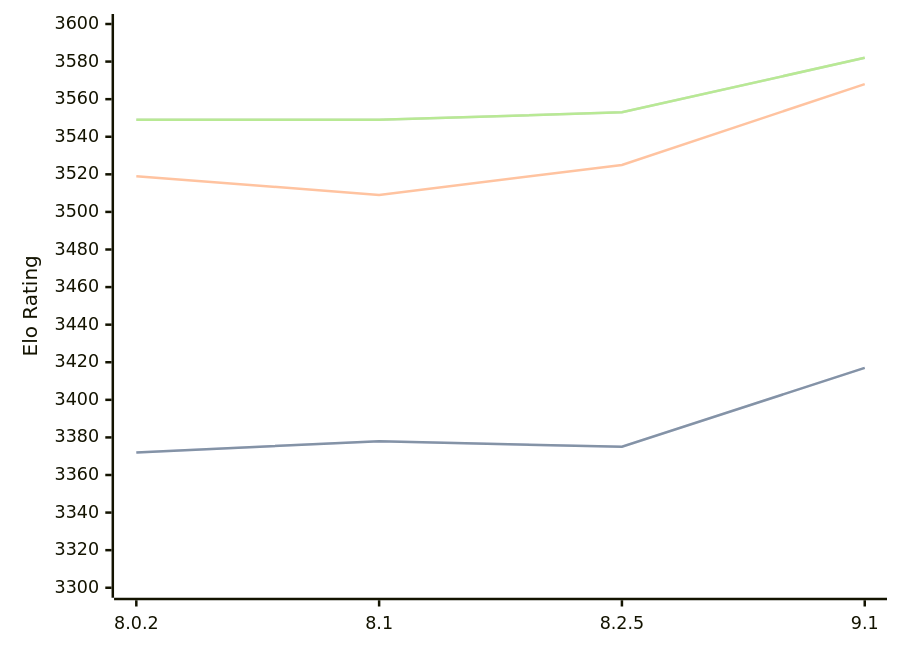
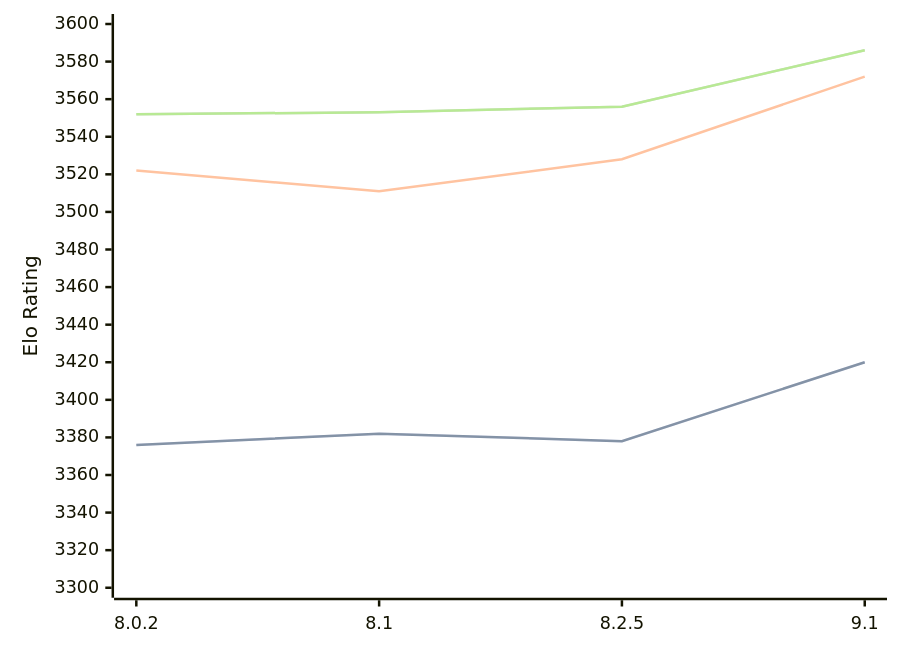
Before and after one commit to computer-chess-index/cci: the diagram in engines/Clover.md, drawn with Mermaid. The commit also changed other lines of this file, not shown here.

Commit message:
Update CCI Ratings (ELO VLTC) - 2026-04-30

````diff
--- a/engines/Clover.md
+++ b/engines/Clover.md
@@ -64,11 +64,11 @@
 ```mermaid
 %%{init: {"theme":"base","themeVariables":{"seriesColors:['#a3a3a3','#222221','#faa371']}}}%%
 xychart-beta
   x-axis ["8.0.2", "8.1", "8.2.5", "9.1"]
   y-axis "Elo Rating" 3300 --> 3600
-  line "STC (8.0+0.08s)" [3372, 3378, 3375, 3417]
-  line "STC (8.0+0.08s)" [3372, 3378, 3375, 3417]
-  line "LTC (60.0+0.60s)" [3519, 3509, 3525, 3568]
-  line "VLTC (2m24s+1.12s)" [3549, 3549, 3553, 3582]
-  line "VLTC (2m24s+1.12s)" [3549, 3549, 3553, 3582]
+  line "STC (8.0+0.08s)" [3376, 3382, 3378, 3420]
+  line "STC (8.0+0.08s)" [3376, 3382, 3378, 3420]
+  line "LTC (60.0+0.60s)" [3522, 3511, 3528, 3572]
+  line "VLTC (2m24s+1.12s)" [3552, 3553, 3556, 3586]
+  line "VLTC (2m24s+1.12s)" [3552, 3553, 3556, 3586]
 ```
````
